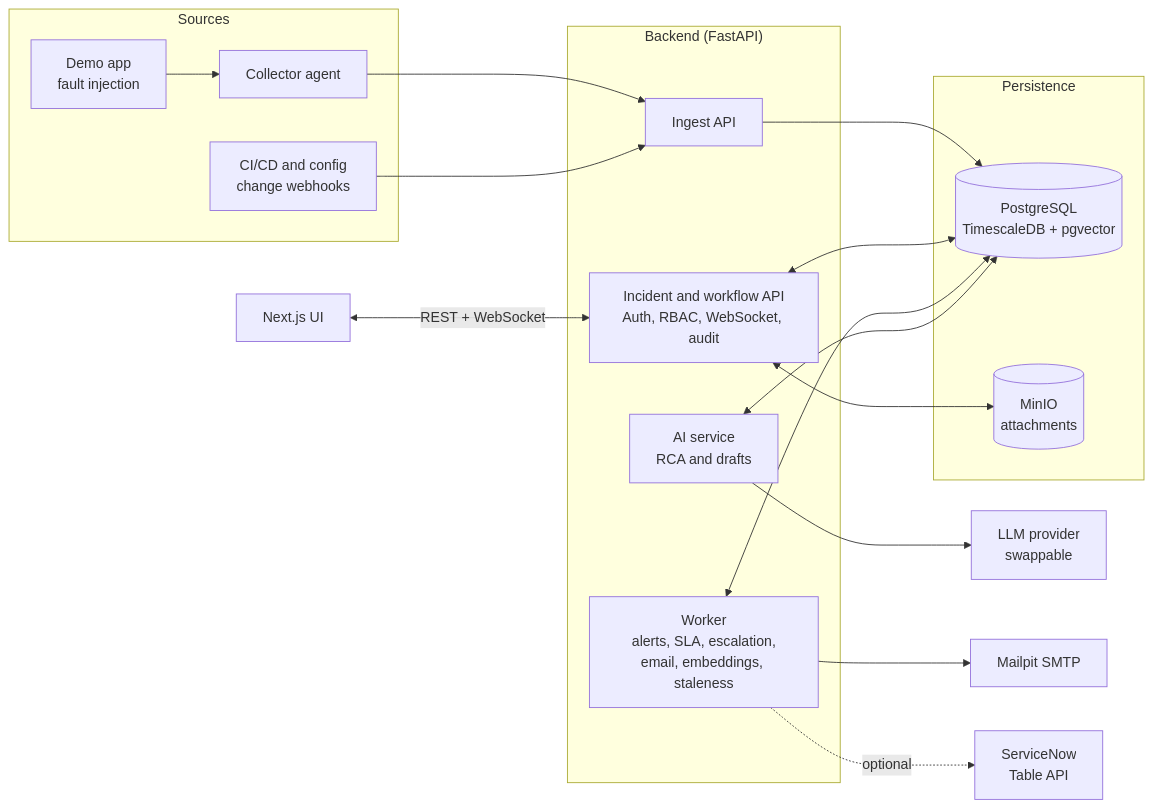
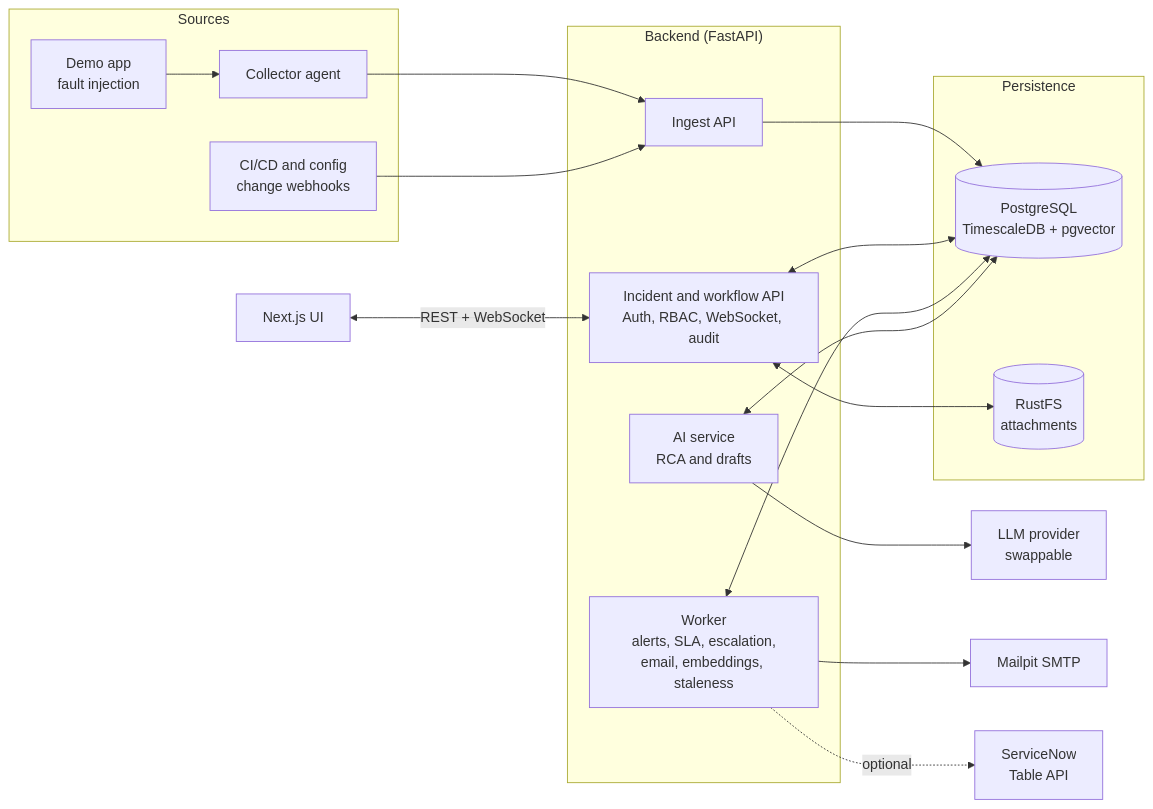
One commit to abhinandan202004/Great-Observations changed the second of 2 diagrams in context.md. Above: the diagram before and after it, drawn with Mermaid. The commit also changed other lines of this file and 10 other files, not shown here.

````diff
--- a/context.md
+++ b/context.md
@@ -174,32 +174,32 @@
 ```mermaid
 flowchart LR
     subgraph Sources
         DEMO[Demo app\nfault injection] --> AGENT[Collector agent]
         CICD[CI/CD and config\nchange webhooks]
     end
 
     subgraph Backend["Backend (FastAPI)"]
         INGEST[Ingest API]
         API[Incident and workflow API\nAuth, RBAC, WebSocket, audit]
         WORKER[Worker\nalerts, SLA, escalation,\nemail, embeddings, staleness]
         AI[AI service\nRCA and drafts]
     end
 
     subgraph Persistence
         PG[(PostgreSQL\nTimescaleDB + pgvector)]
-        MINIO[(MinIO\nattachments)]
+        MINIO[(RustFS\nattachments)]
     end
 
     AGENT --> INGEST
     CICD --> INGEST
     INGEST --> PG
     API <--> PG
     API <--> MINIO
     WORKER <--> PG
     AI <--> PG
 
     UI[Next.js UI] <-->|REST + WebSocket| API
     AI --> LLM[LLM provider\nswappable]
     WORKER --> MAIL[Mailpit SMTP]
     WORKER -.->|optional| SNOW[ServiceNow\nTable API]
 ```
````
